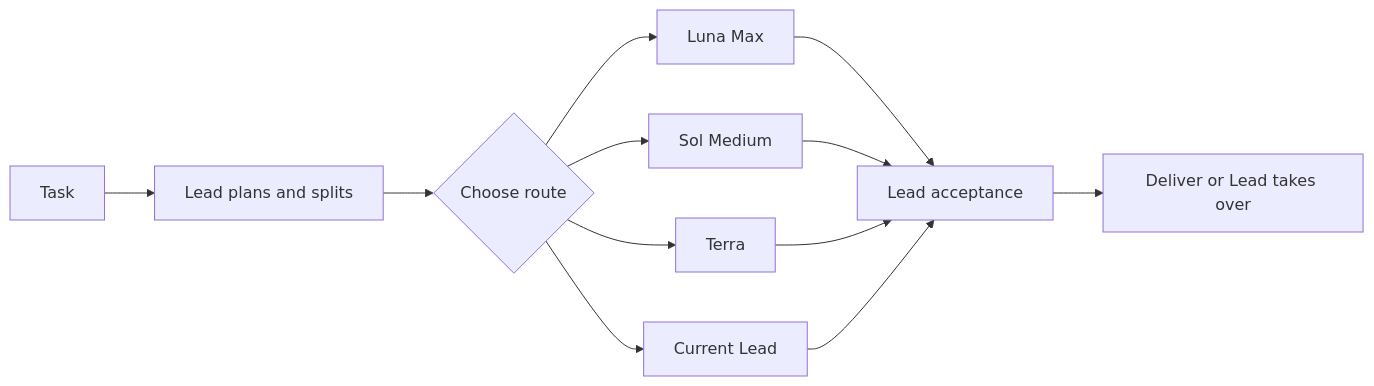
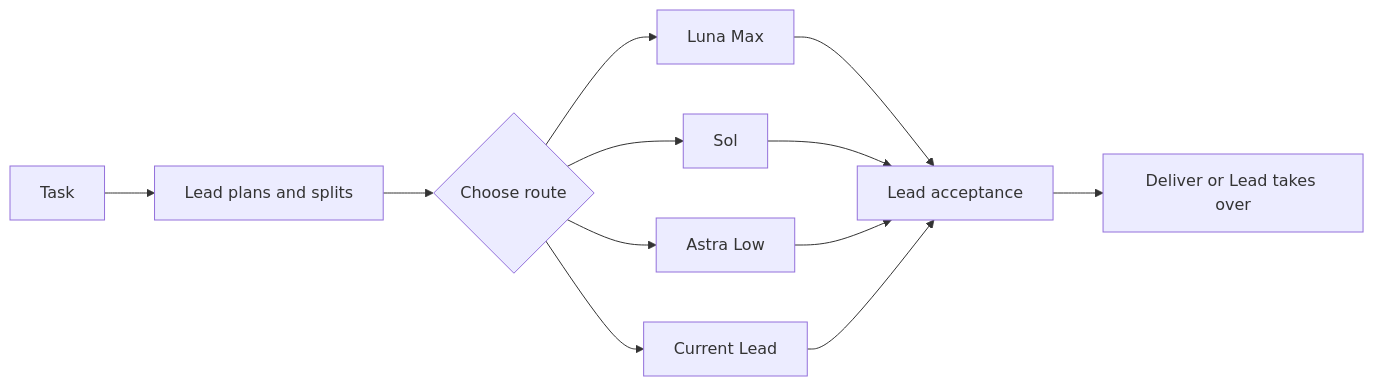
The second of 2 diagrams in README.md (9holy/codex-routing-matrix), drawn with Mermaid before and after one commit. The commit also changed other lines of this file and 33 other files, not shown here.

````diff
--- a/README.md
+++ b/README.md
@@ -131,13 +131,13 @@
 ```mermaid
 graph LR
     A[Task] --> B[Lead plans and splits] --> C{Choose route}
     C --> D[Luna Max]
-    C --> E[Sol Medium]
-    C --> F[Terra]
-    C --> G[Current Lead]
-    D --> H[Lead acceptance]
-    E --> H
-    F --> H
-    G --> H
-    H --> I[Deliver or Lead takes over]
+    C --> E[Sol]
+    C --> F[Astra Low]
+    C --> H[Current Lead]
+    D --> I[Lead acceptance]
+    E --> I
+    F --> I
+    H --> I
+    I --> J[Deliver or Lead takes over]
 ```
````
